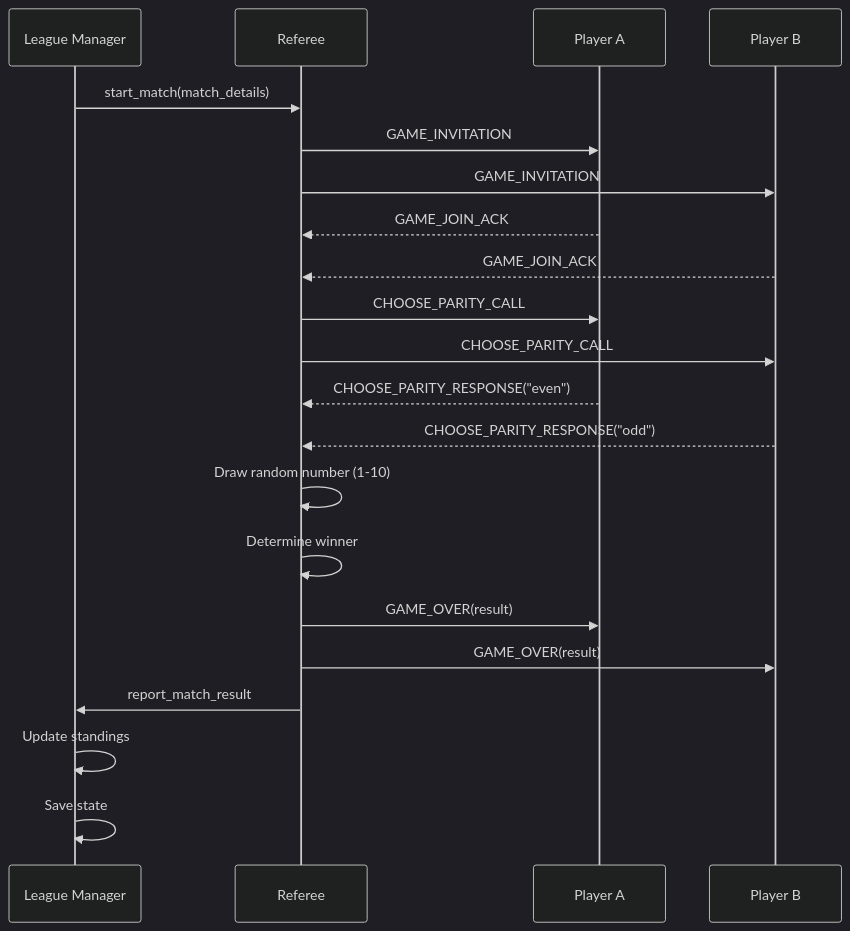
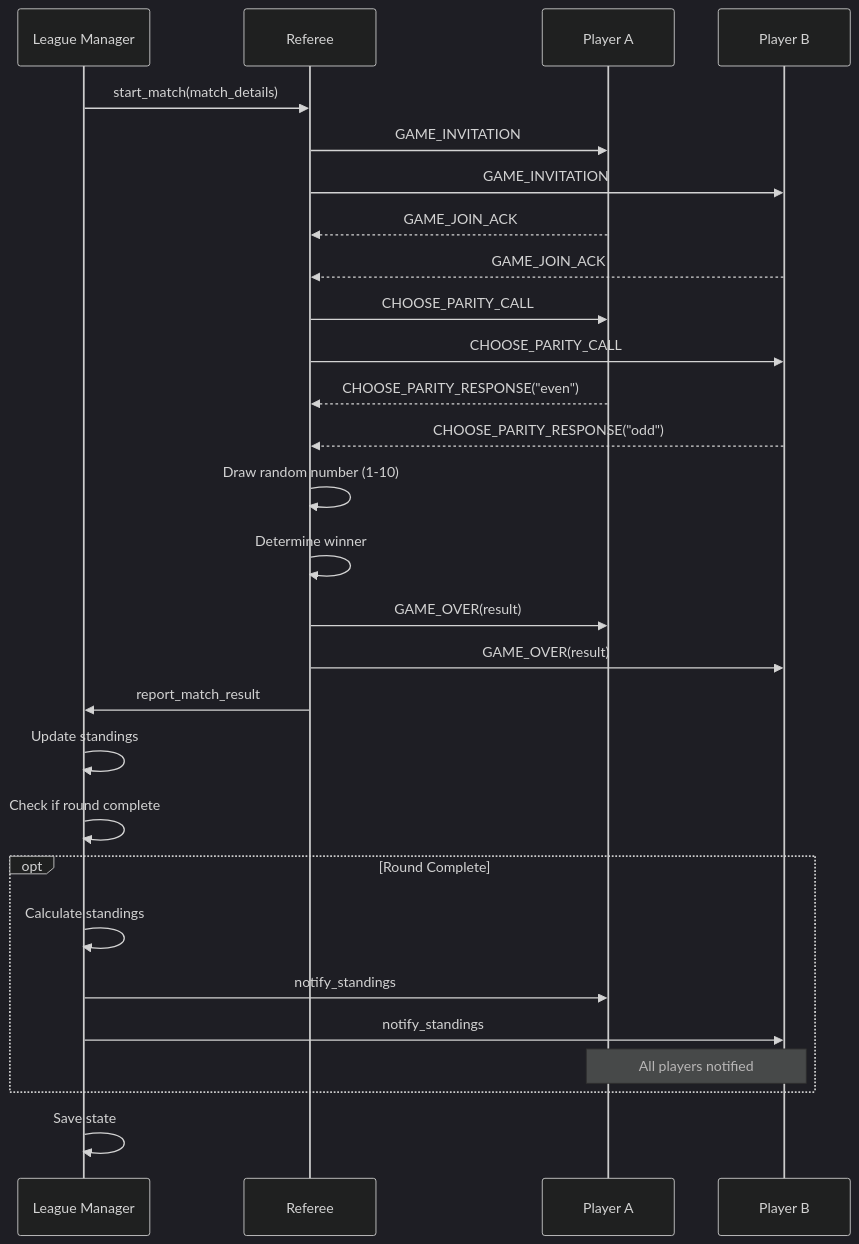
Before and after one commit to alienspirit7/L25_HomeWork: the second of 2 diagrams in README.md, drawn with Mermaid (dark theme). The commit also changed other lines of this file and 2 other files, not shown here.

Commit message:
feat: Implement round-based standings notifications and enhance logging with detailed MCP message visibility.

````diff
--- a/README.md
+++ b/README.md
@@ -214,28 +216,37 @@
 ```mermaid
 sequenceDiagram
     participant LM as League Manager
     participant R as Referee
     participant PA as Player A
     participant PB as Player B
     
     LM->>R: start_match(match_details)
     R->>PA: GAME_INVITATION
     R->>PB: GAME_INVITATION
     PA-->>R: GAME_JOIN_ACK
     PB-->>R: GAME_JOIN_ACK
     
     R->>PA: CHOOSE_PARITY_CALL
     R->>PB: CHOOSE_PARITY_CALL
     PA-->>R: CHOOSE_PARITY_RESPONSE("even")
     PB-->>R: CHOOSE_PARITY_RESPONSE("odd")
     
     R->>R: Draw random number (1-10)
     R->>R: Determine winner
     
     R->>PA: GAME_OVER(result)
     R->>PB: GAME_OVER(result)
     R->>LM: report_match_result
     
     LM->>LM: Update standings
+    LM->>LM: Check if round complete
+    
+    opt Round Complete
+        LM->>LM: Calculate standings
+        LM->>PA: notify_standings
+        LM->>PB: notify_standings
+        Note over PA,PB: All players notified
+    end
+    
     LM->>LM: Save state
 ```
````
